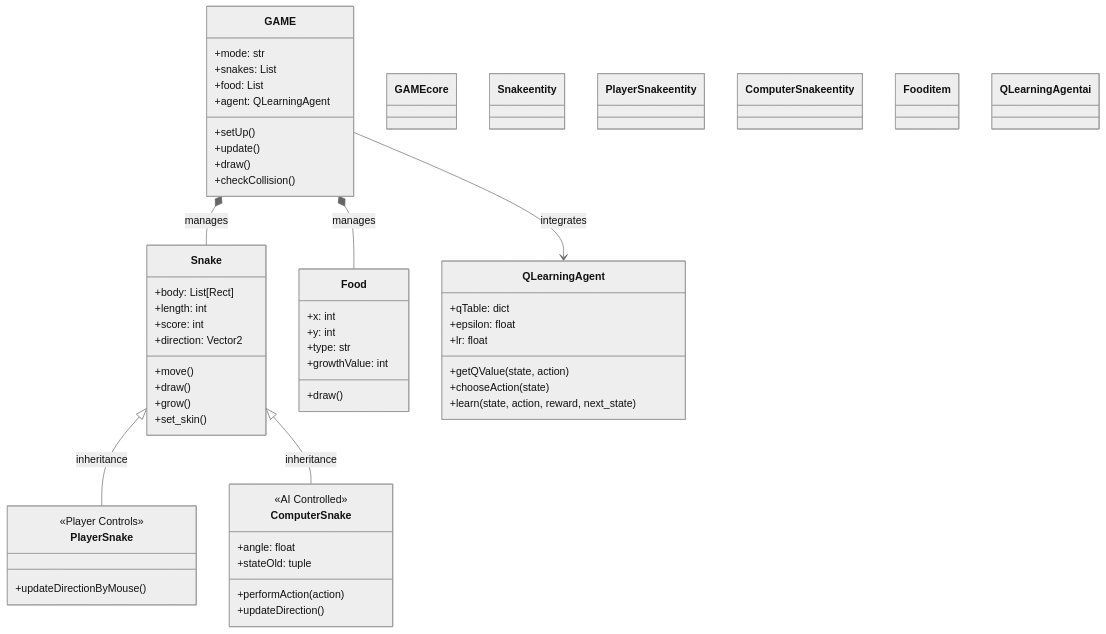
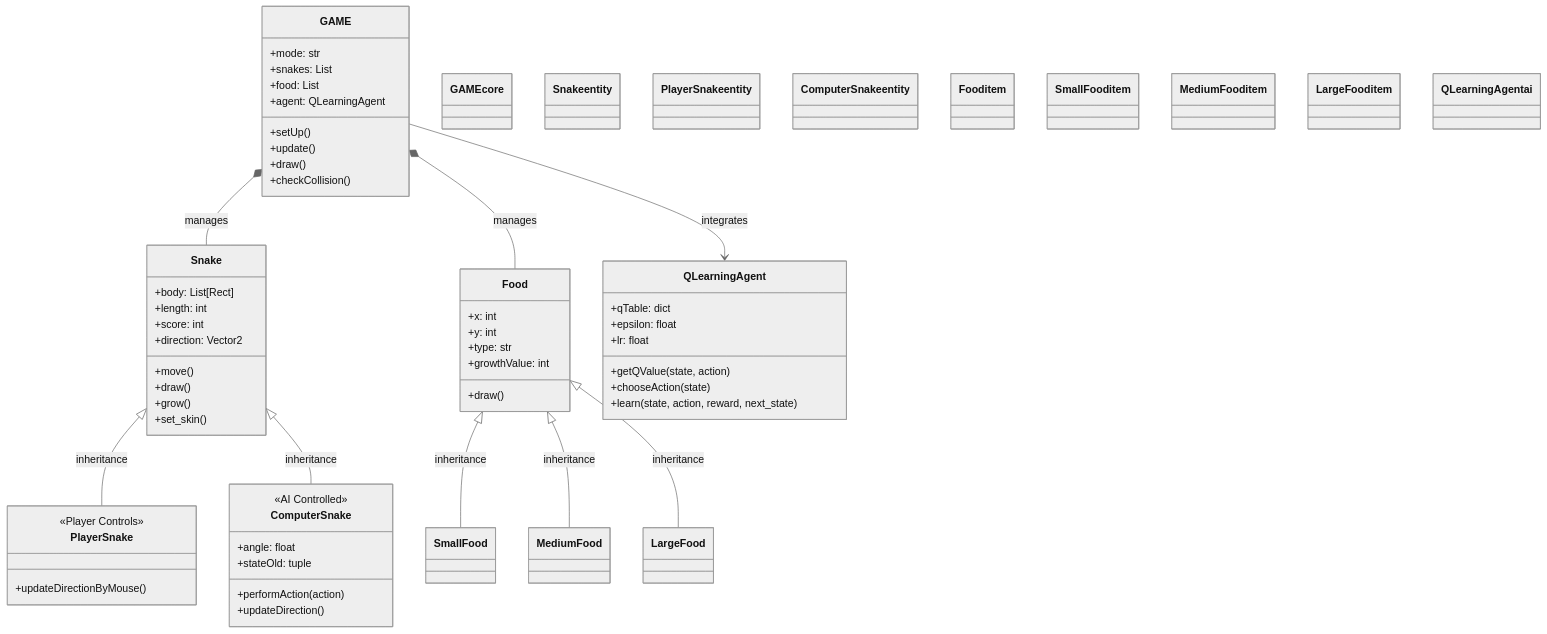
Before and after one commit to Nelson0314/aoop_2025_group11_snakeEater: the diagram in README.md, drawn with Mermaid (neutral theme). The commit also changed 2 other files, not shown here.

Commit message:
feat: Implement core game logic in `GAME` class and introduce a food hierarchy with `SmallFood`, `MediumFood`, and `LargeFood` types.

````diff
--- a/README.md
+++ b/README.md
@@ -82,6 +82,9 @@
         +growthValue: int
         +draw()
     }
+    class SmallFood
+    class MediumFood
+    class LargeFood
     
     class QLearningAgent {
         +qTable: dict
@@ -98,6 +101,9 @@
     GAME --> QLearningAgent : integrates
     Snake <|-- PlayerSnake : inheritance
     Snake <|-- ComputerSnake : inheritance
+    Food <|-- SmallFood : inheritance
+    Food <|-- MediumFood : inheritance
+    Food <|-- LargeFood : inheritance
 
     %% Applying Styles
     class GAME core
@@ -105,5 +111,8 @@
     class PlayerSnake entity
     class ComputerSnake entity
     class Food item
+    class SmallFood item
+    class MediumFood item
+    class LargeFood item
     class QLearningAgent ai
 ```
````
